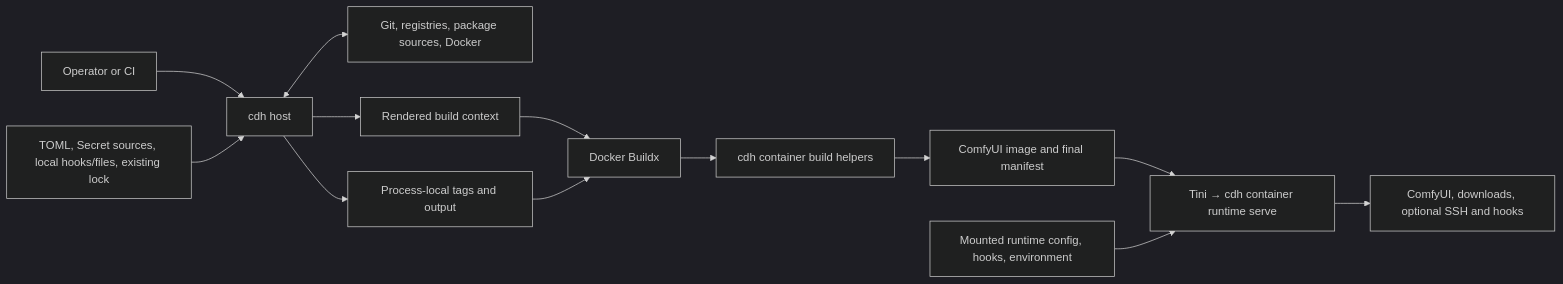
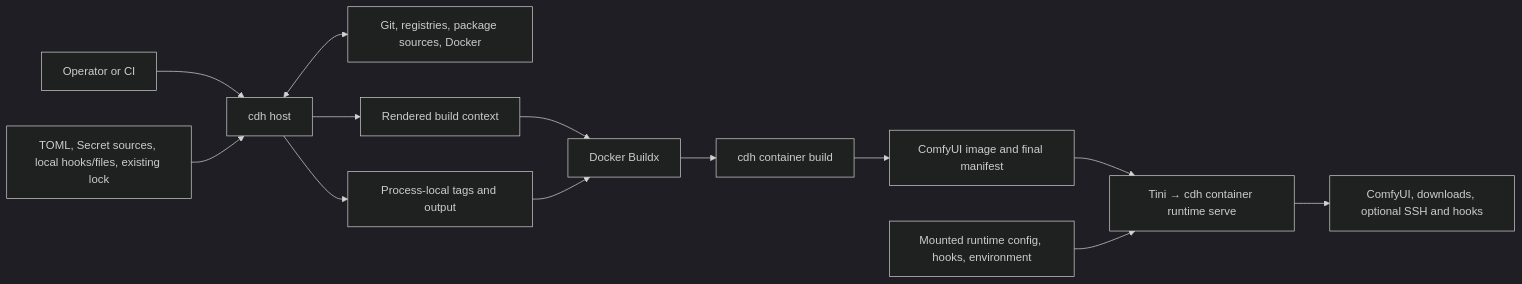
The diagram in docs/dev/architecture.md (jimlee2048/comfyui-docker-helper), drawn with Mermaid (dark theme) before and after one commit. The commit also changed other lines of this file and 14 other files, not shown here.

First line of the commit message:
refactor(cli)!: group and simplify container build helpers (#71)

````diff
--- a/docs/dev/architecture.md
+++ b/docs/dev/architecture.md
@@ -9,15 +9,15 @@
 ```mermaid
 flowchart LR
     Operator["Operator or CI"] --> Host["cdh host"]
     Inputs["TOML, Secret sources, local hooks/files, existing lock"] --> Host
     Host <--> Providers["Git, registries, package sources, Docker"]
     Host --> Context["Rendered build context"]
     Host --> Publication["Process-local tags and output"]
     Context --> Buildx["Docker Buildx"]
     Publication --> Buildx
-    Buildx --> Helpers["cdh container build helpers"]
+    Buildx --> Helpers["cdh container build"]
     Helpers --> Image["ComfyUI image and final manifest"]
     Image --> Runtime["Tini → cdh container runtime serve"]
     Deployment["Mounted runtime config, hooks, environment"] --> Runtime
     Runtime --> Services["ComfyUI, downloads, optional SSH and hooks"]
 ```
````
